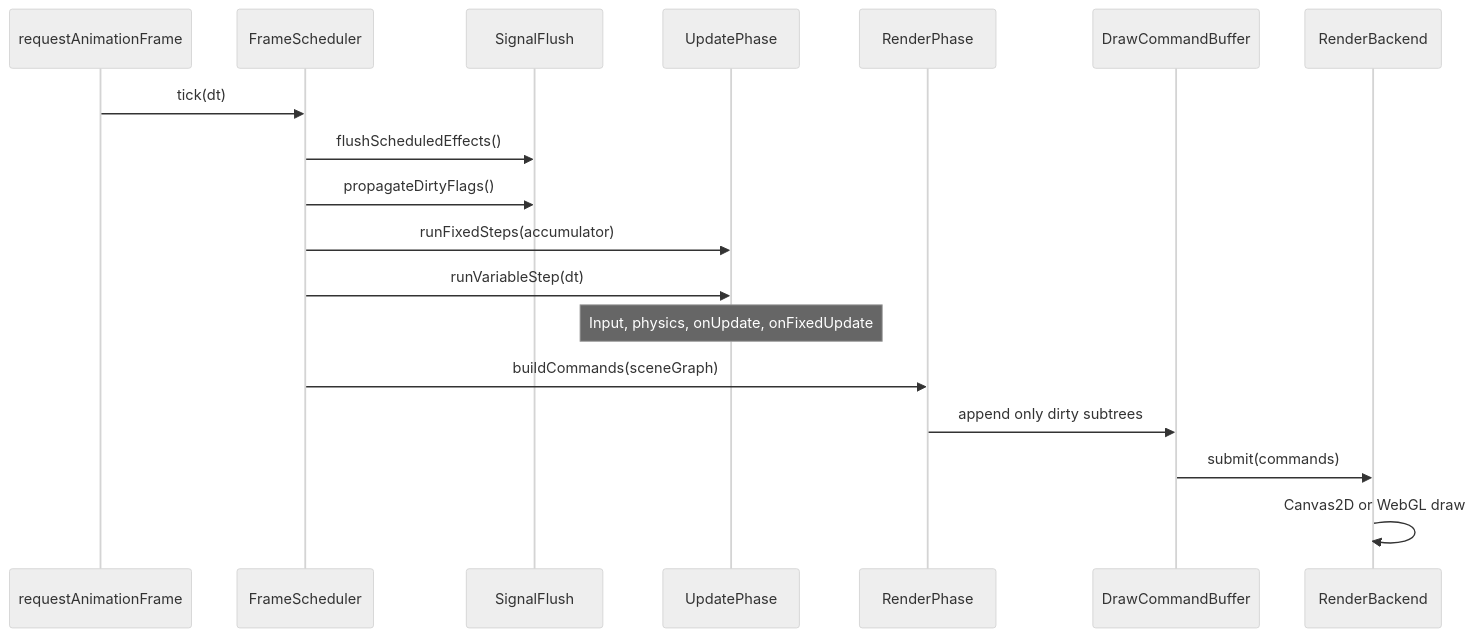
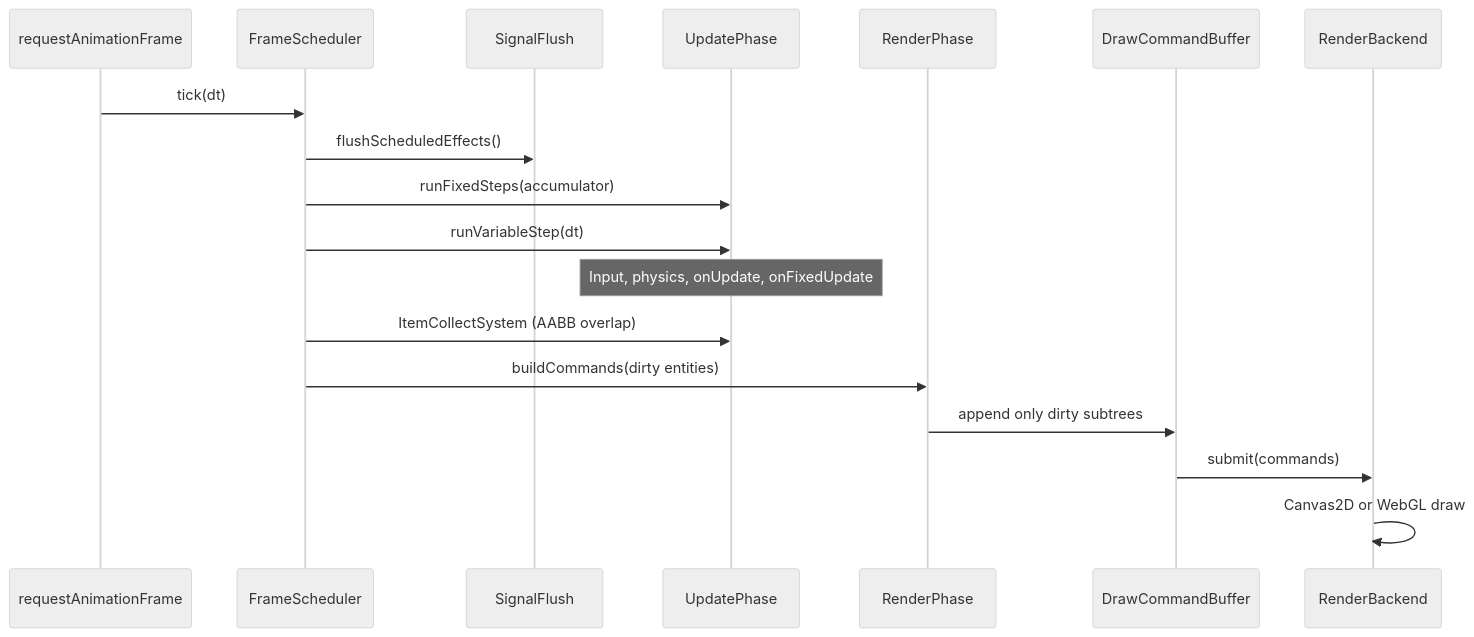
Before and after one commit to Leritas/leryx: the second of 4 diagrams in docs/internals/core-architecture.md, drawn with Mermaid (neutral theme). The commit also changed other lines of this file and 60 other files, not shown here.

````diff
--- a/docs/internals/core-architecture.md
+++ b/docs/internals/core-architecture.md
@@ -47,21 +47,21 @@
 ```mermaid
 sequenceDiagram
   participant rAF as requestAnimationFrame
   participant sched as FrameScheduler
   participant sig as SignalFlush
   participant upd as UpdatePhase
   participant rnd as RenderPhase
   participant buf as DrawCommandBuffer
   participant be as RenderBackend
 
   rAF->>sched: tick(dt)
   sched->>sig: flushScheduledEffects()
-  sched->>sig: propagateDirtyFlags()
   sched->>upd: runFixedSteps(accumulator)
   sched->>upd: runVariableStep(dt)
   Note over upd: Input, physics, onUpdate, onFixedUpdate
-  sched->>rnd: buildCommands(sceneGraph)
+  sched->>upd: ItemCollectSystem (AABB overlap)
+  sched->>rnd: buildCommands(dirty entities)
   rnd->>buf: append only dirty subtrees
   buf->>be: submit(commands)
   be->>be: Canvas2D or WebGL draw
 ```
````
